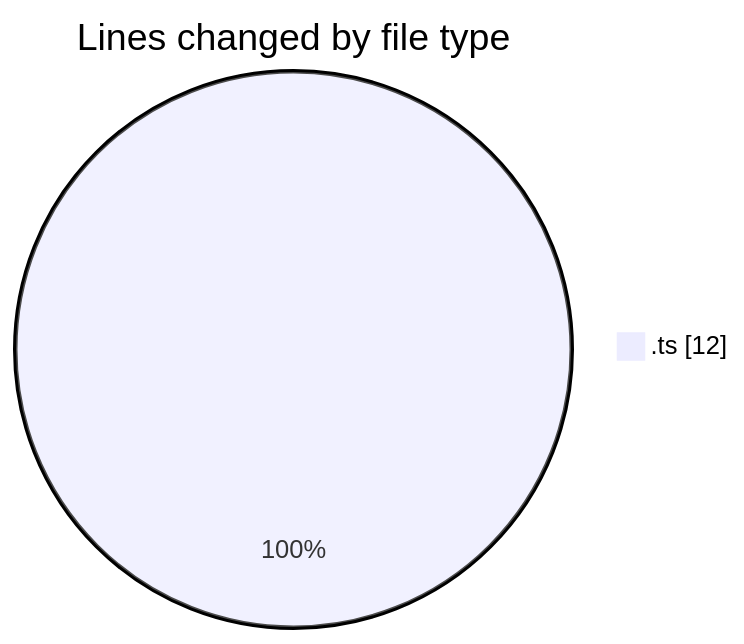
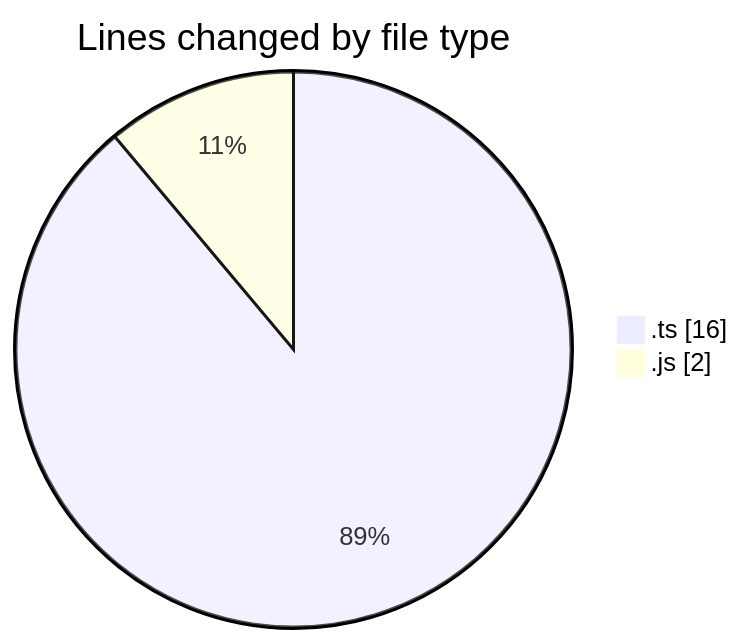
The first of 2 diagrams in 2025-02-25/cda/README.md (momahboobian/code-tracking), drawn with Mermaid before and after one commit. The commit also changed other lines of this file and 1 other file, not shown here.

````diff
--- a/2025-02-25/cda/README.md
+++ b/2025-02-25/cda/README.md
@@ -20,5 +22,6 @@
 ```mermaid
 pie showData
 title Lines changed by file type
-".ts" : 12
+".ts" : 16
+".js" : 2
 ```
````
